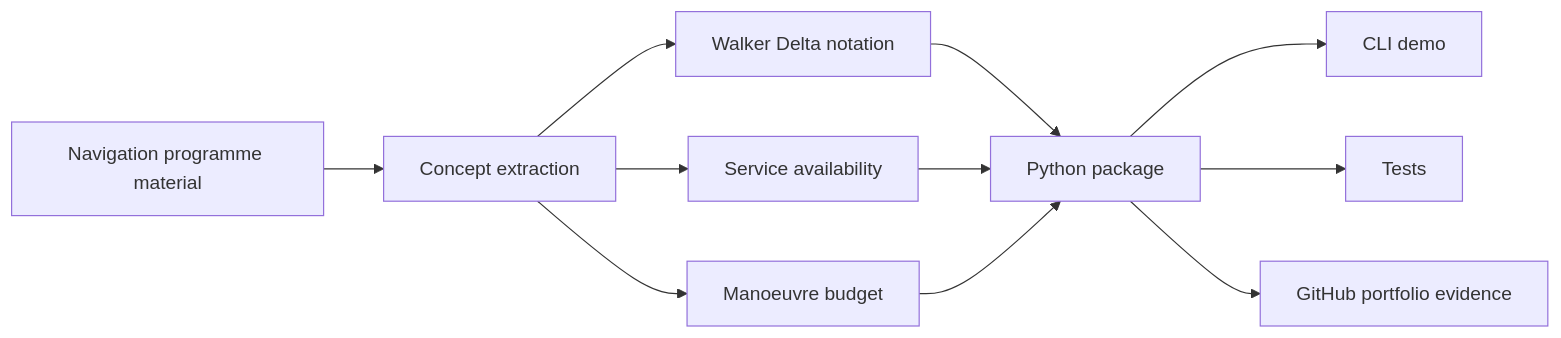
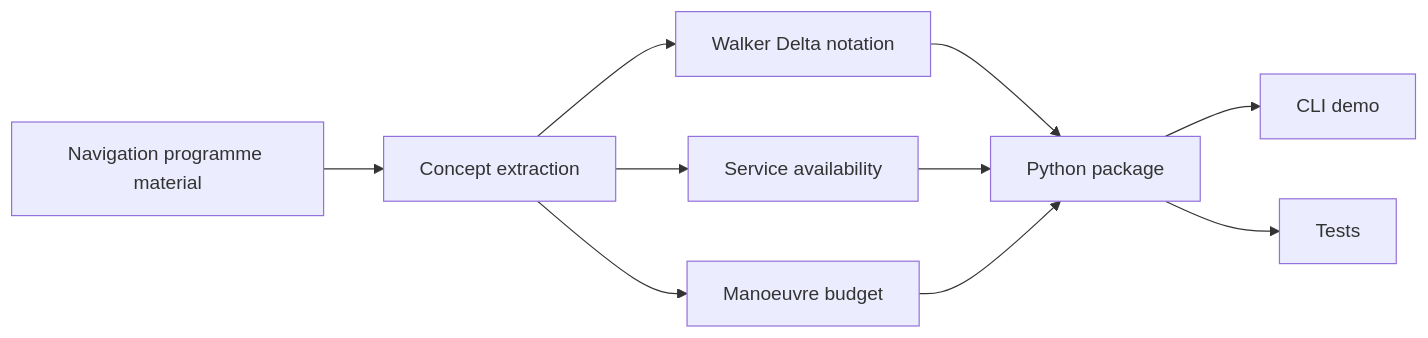
Before and after one commit to theonlyallana/galileo-mission-analysis-toolkit: the diagram in README.md, drawn with Mermaid. The commit also changed other lines of this file, not shown here.

````diff
--- a/README.md
+++ b/README.md
@@ -25,13 +29,12 @@
 ```mermaid
 flowchart LR
     A["Navigation programme material"] --> B["Concept extraction"]
     B --> C["Walker Delta notation"]
     B --> D["Service availability"]
     B --> E["Manoeuvre budget"]
     C --> F["Python package"]
     D --> F
     E --> F
     F --> G["CLI demo"]
     F --> H["Tests"]
-    F --> I["GitHub portfolio evidence"]
 ```
````
